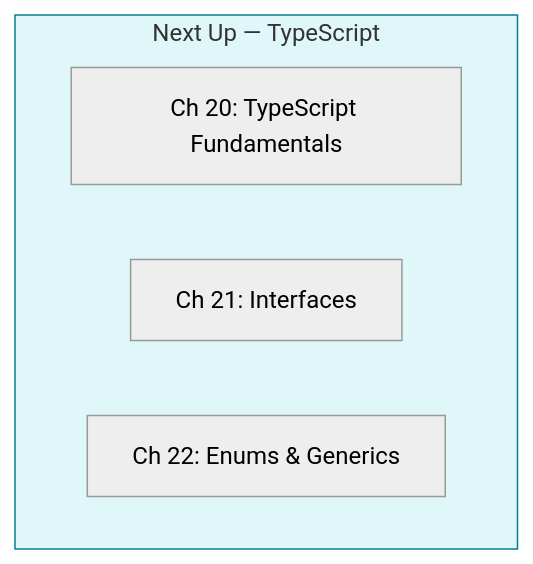
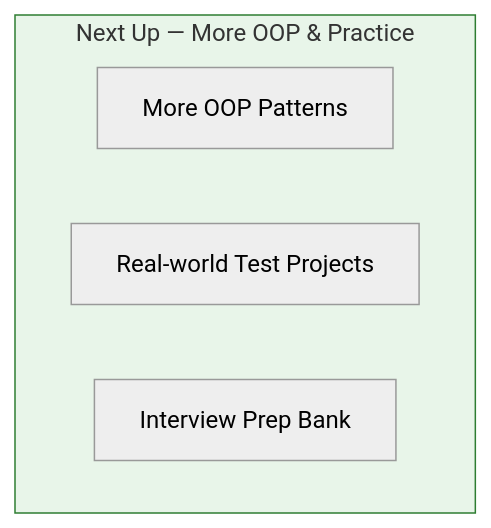
Before and after one commit to azherkhan0215-qa/LearnPlayWrightBatch2X: diagram 37 of 39 in README.md, drawn with Mermaid (neutral theme). The commit also changed other lines of this file and 30 other files, not shown here.

First line of the commit message:
Add Chapters 21-25: OOP - classes, encapsulation, inheritance, polymorphism, interview prep

````diff
--- a/README.md
+++ b/README.md
@@ -1973,10 +2210,10 @@
 ```mermaid
 graph TD
-    subgraph next["Next Up — TypeScript"]
-        N1["Ch 20: TypeScript Fundamentals"]
-        N2["Ch 21: Interfaces"]
-        N3["Ch 22: Enums & Generics"]
+    subgraph next["Next Up — More OOP & Practice"]
+        N1["More OOP Patterns"]
+        N2["Real-world Test Projects"]
+        N3["Interview Prep Bank"]
     end
 
-    style next fill:#e0f7fa,stroke:#00838f
+    style next fill:#e8f5e9,stroke:#2e7d32
 ```
````
